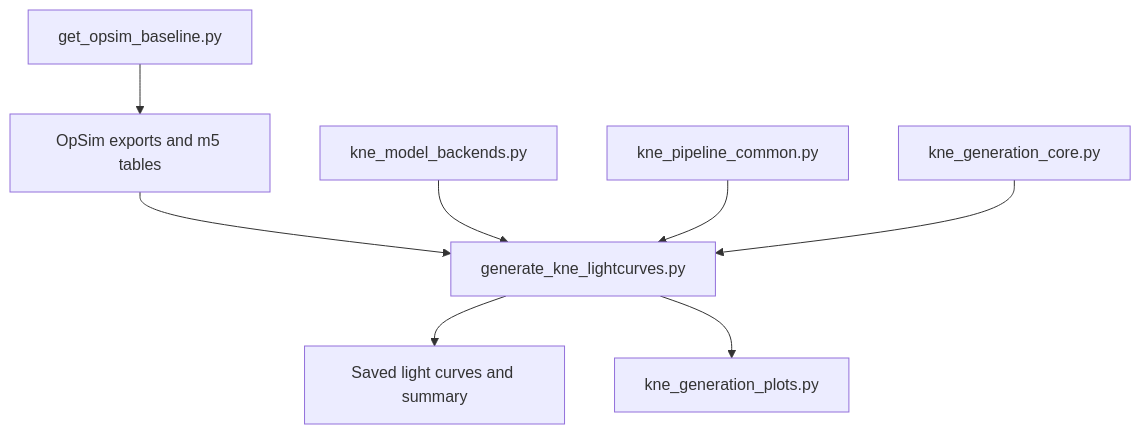
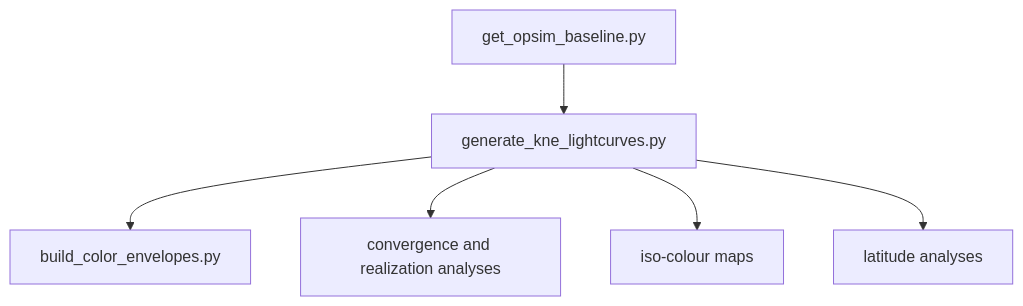
Before and after one commit to AlSag/KLLAP: the diagram in docs/refactoring_architecture.md, drawn with Mermaid. The commit also changed other lines of this file and 16 other files, not shown here.

````diff
--- a/docs/refactoring_architecture.md
+++ b/docs/refactoring_architecture.md
@@ -10,10 +14,8 @@
 ```mermaid
 flowchart TD
-    O[get_opsim_baseline.py] --> E[OpSim exports and m5 tables]
-    E --> G[generate_kne_lightcurves.py]
-    B[kne_model_backends.py] --> G
-    C[kne_pipeline_common.py] --> G
-    G --> P[Saved light curves and summary]
-    K[kne_generation_core.py] --> G
-    G --> V[kne_generation_plots.py]
+    O[get_opsim_baseline.py] --> G[generate_kne_lightcurves.py]
+    G --> E[build_color_envelopes.py]
+    G --> C[convergence and realization analyses]
+    G --> I[iso-colour maps]
+    G --> L[latitude analyses]
 ```
````
